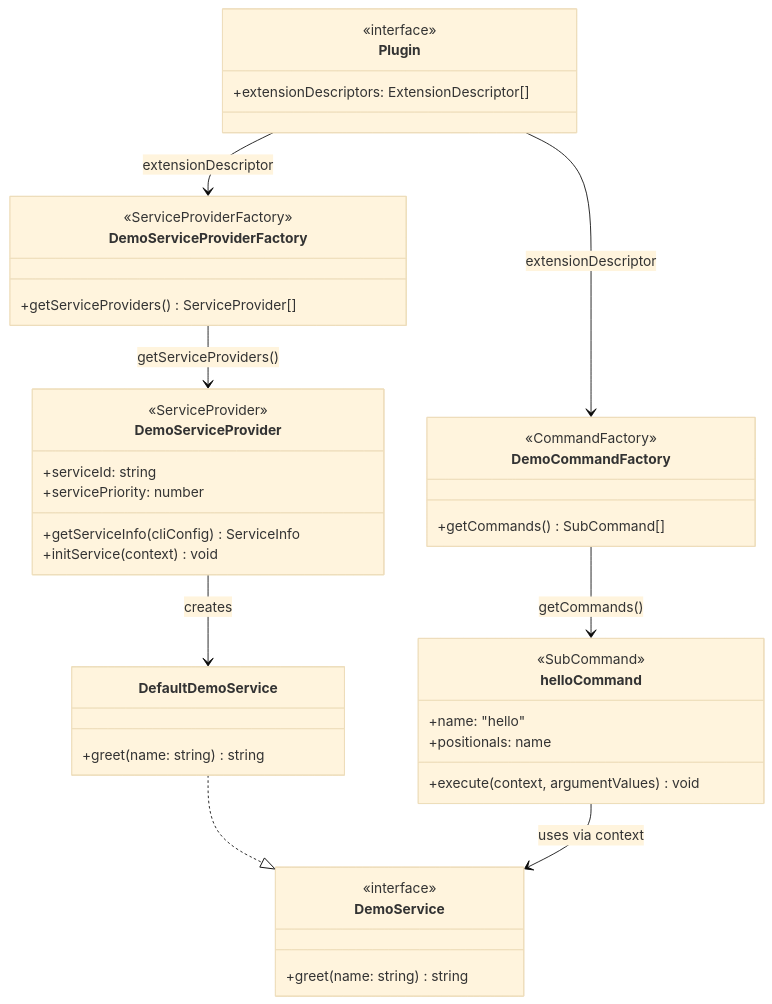
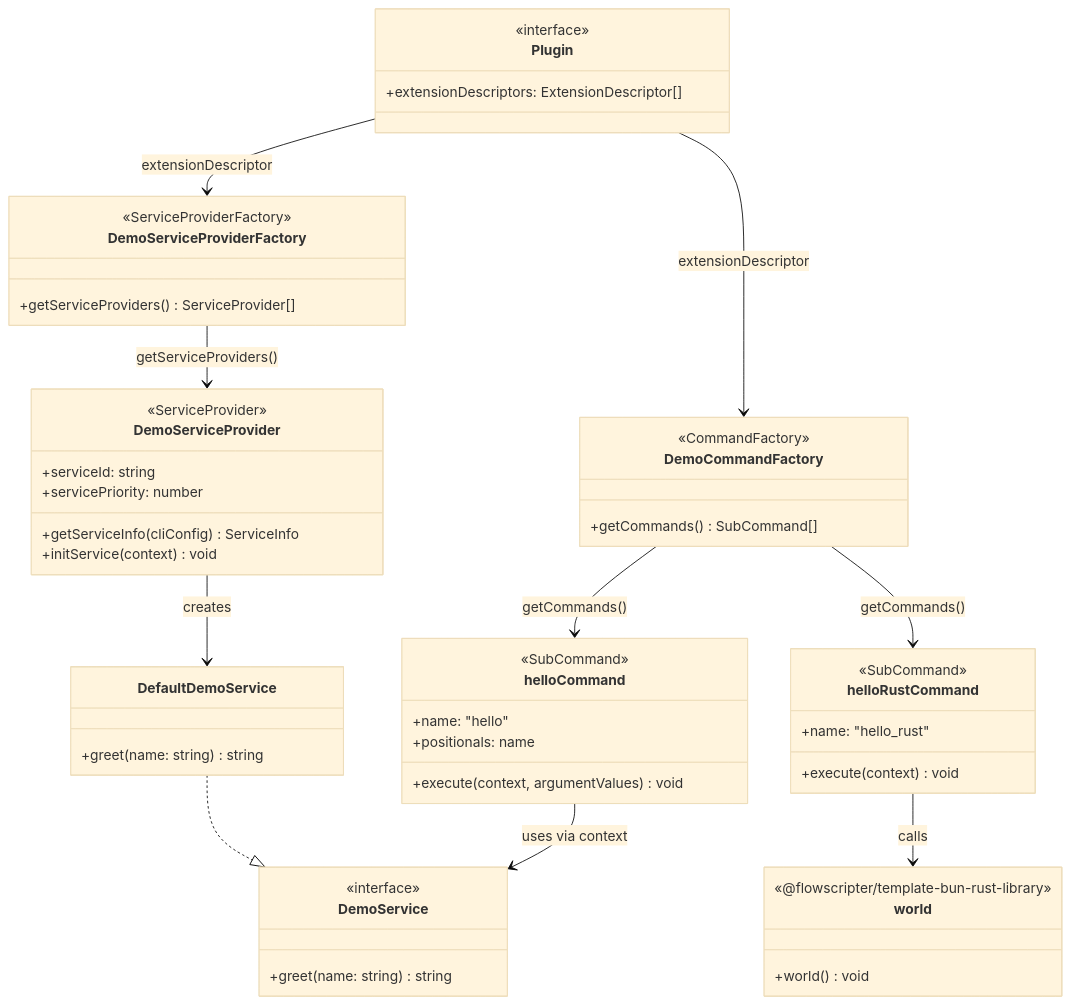
The diagram in README.md (flowscripter/example-cli-plugin), drawn with Mermaid (base theme) before and after one commit. The commit also changed 5 other files, not shown here.

````diff
--- a/README.md
+++ b/README.md
@@ -38,49 +38,62 @@
 ```mermaid
 classDiagram
     class Plugin {
         <<interface>>
         +extensionDescriptors: ExtensionDescriptor[]
     }
 
     class DemoCommandFactory {
         <<CommandFactory>>
         +getCommands() SubCommand[]
     }
 
     class DemoServiceProviderFactory {
         <<ServiceProviderFactory>>
         +getServiceProviders() ServiceProvider[]
     }
 
     class DemoServiceProvider {
         <<ServiceProvider>>
         +serviceId: string
         +servicePriority: number
         +getServiceInfo(cliConfig) ServiceInfo
         +initService(context) void
     }
 
     class DemoService {
         <<interface>>
         +greet(name: string) string
     }
 
     class DefaultDemoService {
         +greet(name: string) string
     }
 
     class helloCommand {
         <<SubCommand>>
         +name: "hello"
         +positionals: name
         +execute(context, argumentValues) void
     }
 
+    class helloRustCommand {
+        <<SubCommand>>
+        +name: "hello_rust"
+        +execute(context) void
+    }
+
+    class world {
+        <<@flowscripter/template-bun-rust-library>>
+        +world() void
+    }
+
     Plugin --> DemoCommandFactory : extensionDescriptor
     Plugin --> DemoServiceProviderFactory : extensionDescriptor
     DemoCommandFactory --> helloCommand : getCommands()
+    DemoCommandFactory --> helloRustCommand : getCommands()
     DemoServiceProviderFactory --> DemoServiceProvider : getServiceProviders()
     DemoServiceProvider --> DefaultDemoService : creates
     DefaultDemoService ..|> DemoService
     helloCommand --> DemoService : uses via context
+    helloRustCommand --> world : calls
 ```
````
